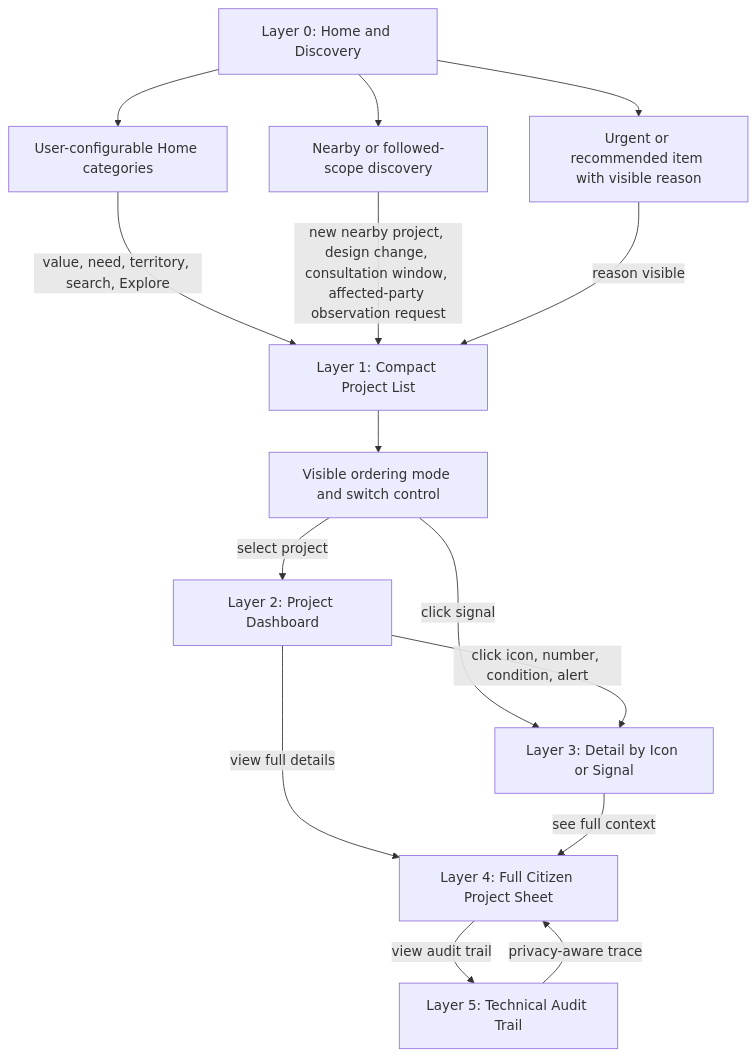
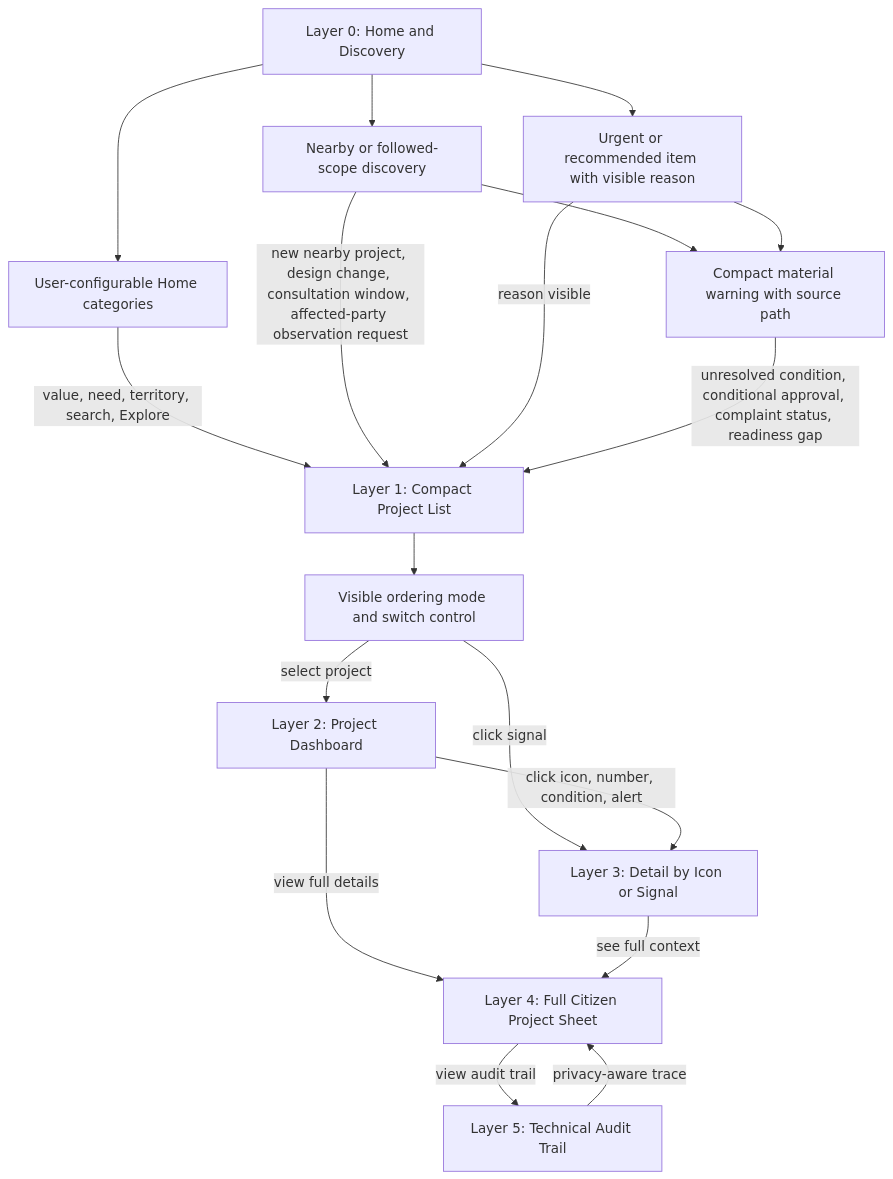
Before and after one commit to moffermann/distributed-governance-research: the diagram in docs/diagrams/v0-citizen-navigation-layers.md, drawn with Mermaid. The commit also changed other lines of this file and 26 other files, not shown here.

````diff
--- a/docs/diagrams/v0-citizen-navigation-layers.md
+++ b/docs/diagrams/v0-citizen-navigation-layers.md
@@ -9,28 +9,32 @@
 ```mermaid
 flowchart TD
     L0[Layer 0: Home and Discovery]
     HC[User-configurable Home categories]
     NS[Nearby or followed-scope discovery]
     UR[Urgent or recommended item with visible reason]
+    MW[Compact material warning with source path]
     L1[Layer 1: Compact Project List]
     OM[Visible ordering mode and switch control]
     L2[Layer 2: Project Dashboard]
     L3[Layer 3: Detail by Icon or Signal]
     L4[Layer 4: Full Citizen Project Sheet]
     L5[Layer 5: Technical Audit Trail]
 
     L0 --> HC
     L0 --> NS
     L0 --> UR
+    NS --> MW
+    UR --> MW
     HC -->|value, need, territory, search, Explore| L1
     NS -->|new nearby project, design change, consultation window, affected-party observation request| L1
     UR -->|reason visible| L1
+    MW -->|unresolved condition, conditional approval, complaint status, readiness gap| L1
     L1 --> OM
     OM -->|select project| L2
     OM -->|click signal| L3
     L2 -->|click icon, number, condition, alert| L3
     L2 -->|view full details| L4
     L3 -->|see full context| L4
     L4 -->|view audit trail| L5
     L5 -->|privacy-aware trace| L4
 ```
````
